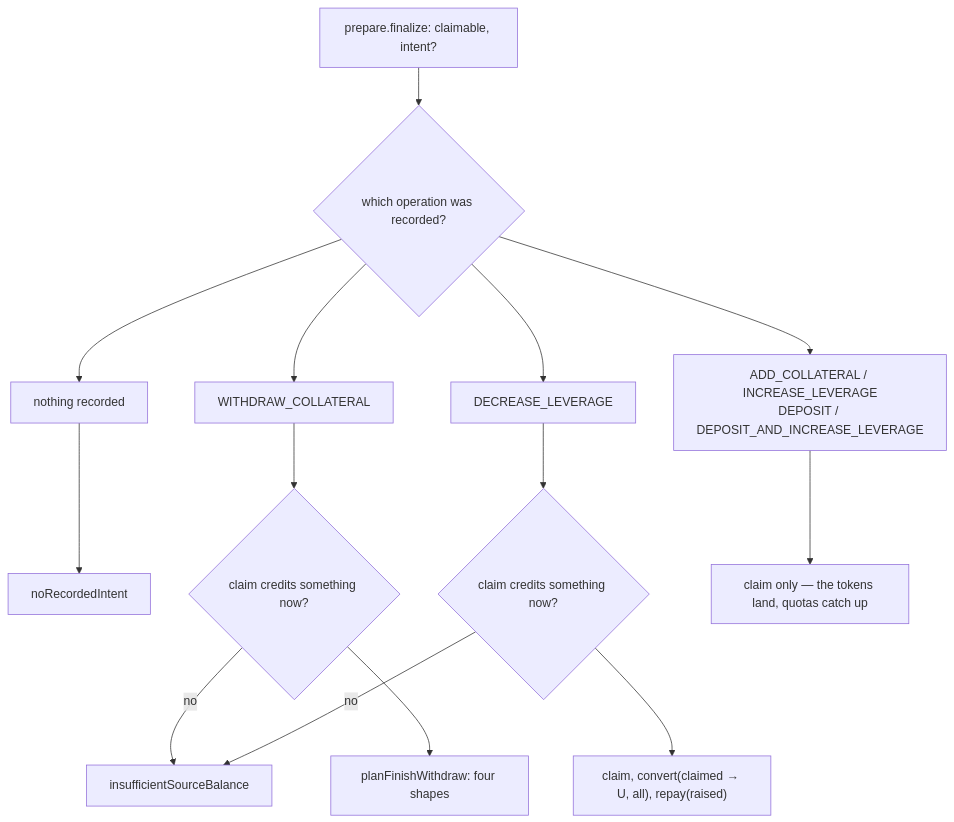
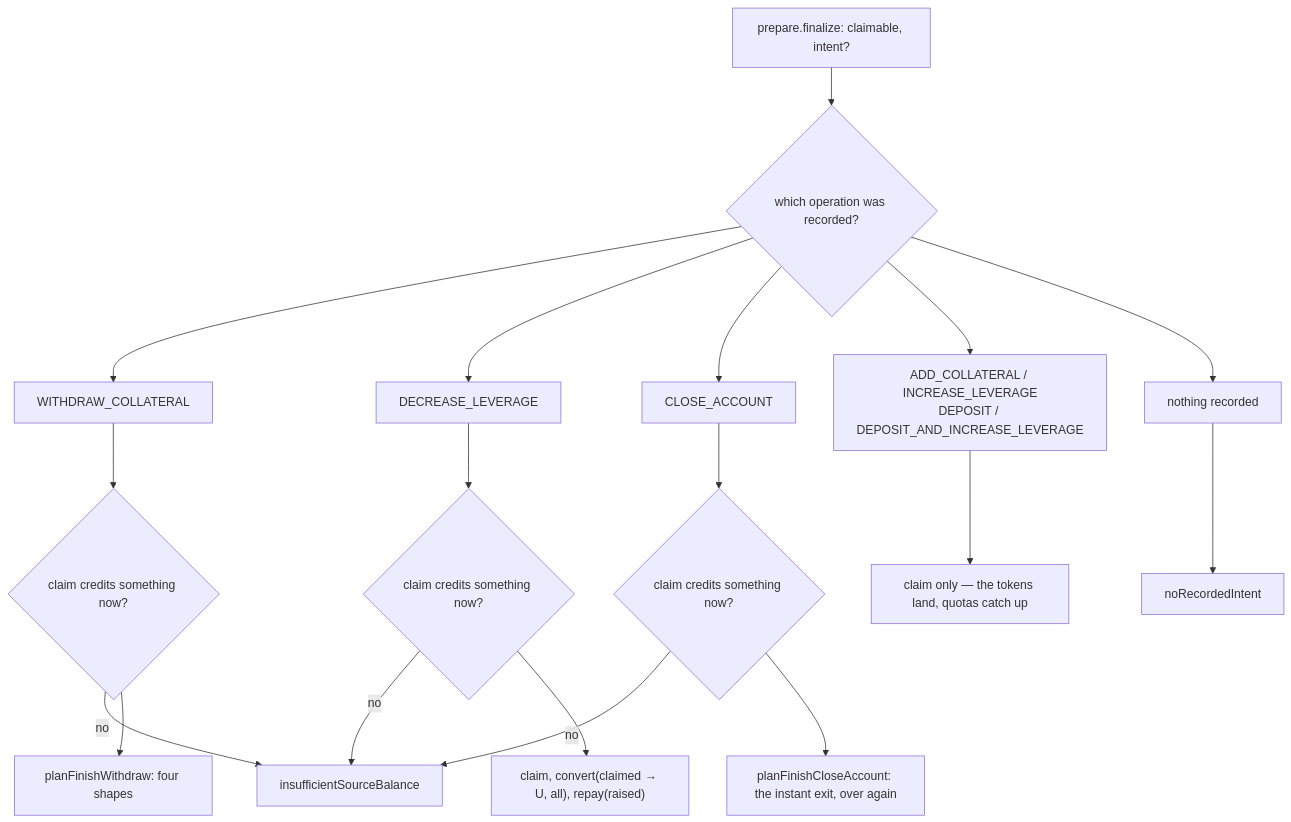
One commit to Gearbox-protocol/sdk changed the fourth of 8 diagrams in docs/intents/delayed.md. Above: the diagram before and after it, drawn with Mermaid. The commit also changed other lines of this file and 16 other files, not shown here.

````diff
--- a/docs/intents/delayed.md
+++ b/docs/intents/delayed.md
@@ -101,23 +122,28 @@
 ```mermaid
 flowchart TD
   in["prepare.finalize: claimable, intent?"]
   rec{"which operation was recorded?"}
   w["WITHDRAW_COLLATERAL"]
   d["DECREASE_LEVERAGE"]
+  x["CLOSE_ACCOUNT"]
   c["ADD_COLLATERAL / INCREASE_LEVERAGE<br/>DEPOSIT / DEPOSIT_AND_INCREASE_LEVERAGE"]
   n["nothing recorded"]
 
   in --> rec
   rec --> w
   rec --> d
+  rec --> x
   rec --> c
   rec --> n
   n --> e1["noRecordedIntent"]
   w --> wq{"claim credits something now?"}
   d --> dq{"claim credits something now?"}
+  x --> xq{"claim credits something now?"}
   wq -->|"no"| e2["insufficientSourceBalance"]
   dq -->|"no"| e2
+  xq -->|"no"| e2
   wq --> wp["planFinishWithdraw: four shapes"]
   dq --> dp["claim, convert(claimed → U, all), repay(raised)"]
+  xq --> xp["planFinishCloseAccount: the instant exit, over again"]
   c --> cp["claim only — the tokens land, quotas catch up"]
 ```
````
